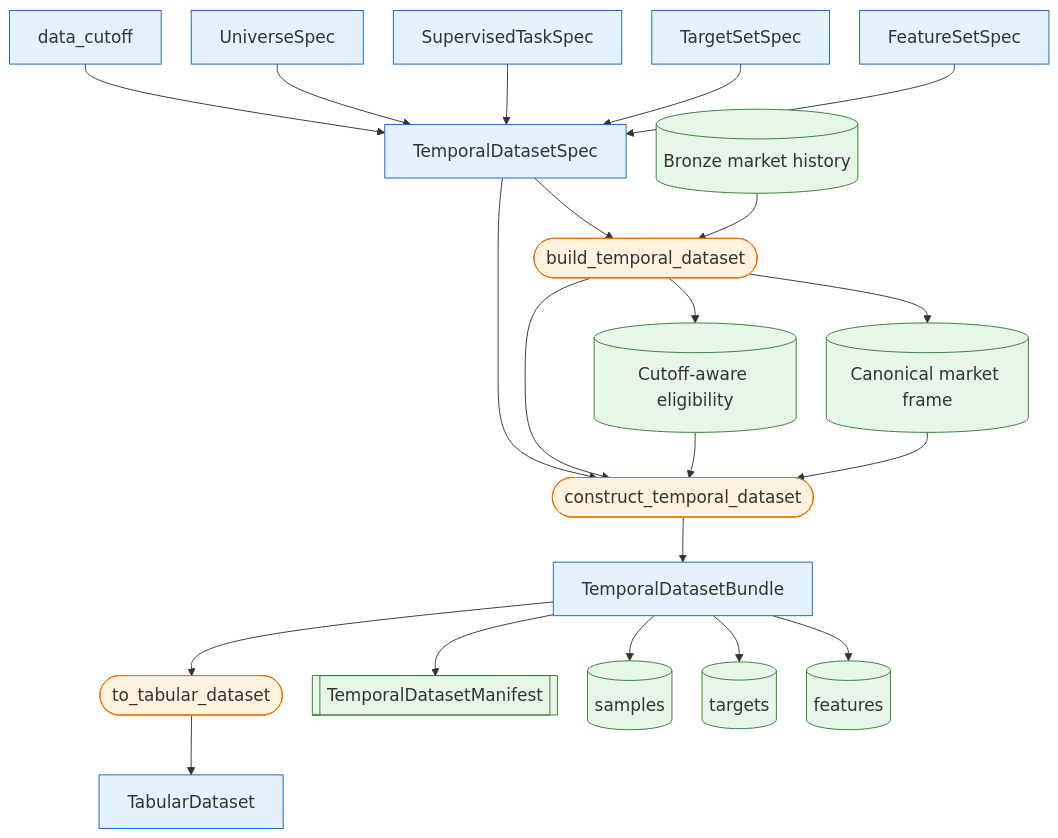
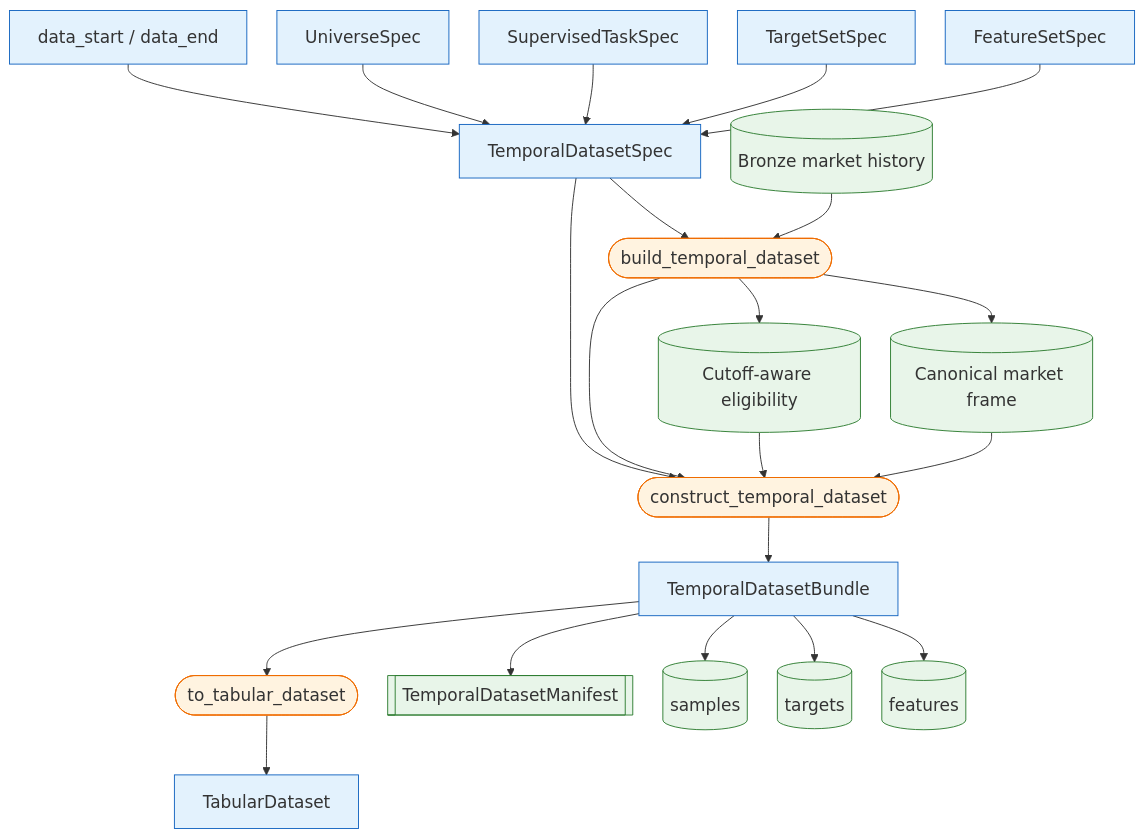
The first of 2 diagrams in docs/modeling/temporal-datasets.md (Frallmeister/swingtrader-app), drawn with Mermaid before and after one commit. The commit also changed other lines of this file and 35 other files, not shown here.

````diff
--- a/docs/modeling/temporal-datasets.md
+++ b/docs/modeling/temporal-datasets.md
@@ -7,49 +7,49 @@
 ```mermaid
 %%{init: {"themeVariables": {"fontSize": "18px"}, "flowchart": {"nodeSpacing": 32, "rankSpacing": 48}}}%%
 flowchart TB
     feature_spec["FeatureSetSpec"]
     target_spec["TargetSetSpec"]
     task_spec["SupervisedTaskSpec"]
     universe_spec["UniverseSpec"]
-    cutoff["data_cutoff"]
+    cutoff["data_start / data_end"]
     dataset_spec["TemporalDatasetSpec"]
     bronze[(Bronze market history)]
     eligibility[(Cutoff-aware eligibility)]
     build([build_temporal_dataset])
     prices[(Canonical market frame)]
     construct([construct_temporal_dataset])
     bundle["TemporalDatasetBundle"]
     features[(features)]
     targets[(targets)]
     samples[(samples)]
     manifest[[TemporalDatasetManifest]]
     adapter([to_tabular_dataset])
     tabular["TabularDataset"]
 
     feature_spec --> dataset_spec
     target_spec --> dataset_spec
     task_spec --> dataset_spec
     universe_spec --> dataset_spec
     cutoff --> dataset_spec
     dataset_spec --> build
     bronze --> build
     build --> prices
     build --> eligibility
     build --> construct
     dataset_spec --> construct
     prices --> construct
     eligibility --> construct
     construct --> bundle
     bundle --> features
     bundle --> targets
     bundle --> samples
     bundle --> manifest
     bundle --> adapter --> tabular
 
     classDef contract fill:#e3f2fd,stroke:#1565c0
     classDef action fill:#fff3e0,stroke:#ef6c00
     classDef artifact fill:#e8f5e9,stroke:#2e7d32
     class feature_spec,target_spec,task_spec,universe_spec,cutoff,dataset_spec,bundle,tabular contract
     class build,construct,adapter action
     class bronze,eligibility,prices,features,targets,samples,manifest artifact
 ```
````
